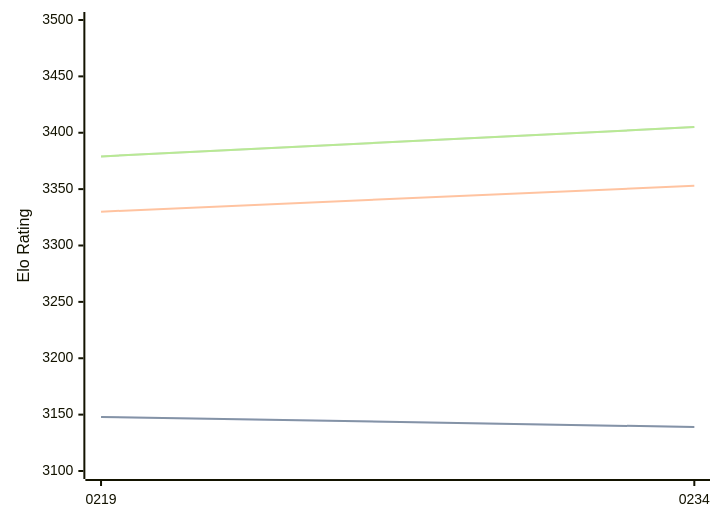
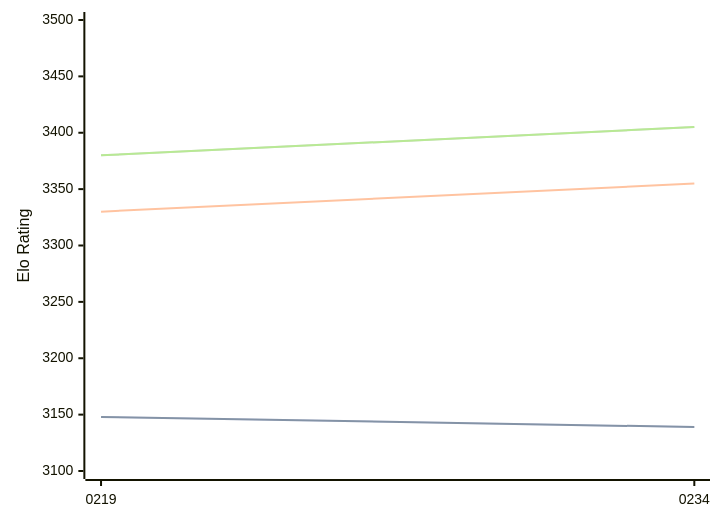
The diagram in engines/Ynode.md (computer-chess-index/cci), drawn with Mermaid before and after one commit. The commit also changed other lines of this file, not shown here.

Commit message:
Update CCI Ratings (ELO VLTC) - 2026-10-02

````diff
--- a/engines/Ynode.md
+++ b/engines/Ynode.md
@@ -32,11 +32,11 @@
 ```mermaid
 %%{init: {"theme":"base","themeVariables":{"seriesColors:['#a3a3a3','#222221','#faa371']}}}%%
 xychart-beta
   x-axis ["0219", "0234"]
   y-axis "Elo Rating" 3100 --> 3500
   line "" [3148, 3139]
   line "STC (8.0+0.08s)" [3148, 3139]
-  line "LTC (60.0+0.60s)" [3330, 3353]
-  line "" [3379, 3405]
-  line "VLTC (2m24s+1.12s)" [3379, 3405]
+  line "LTC (60.0+0.60s)" [3330, 3355]
+  line "" [3380, 3405]
+  line "VLTC (2m24s+1.12s)" [3380, 3405]
 ```
````
